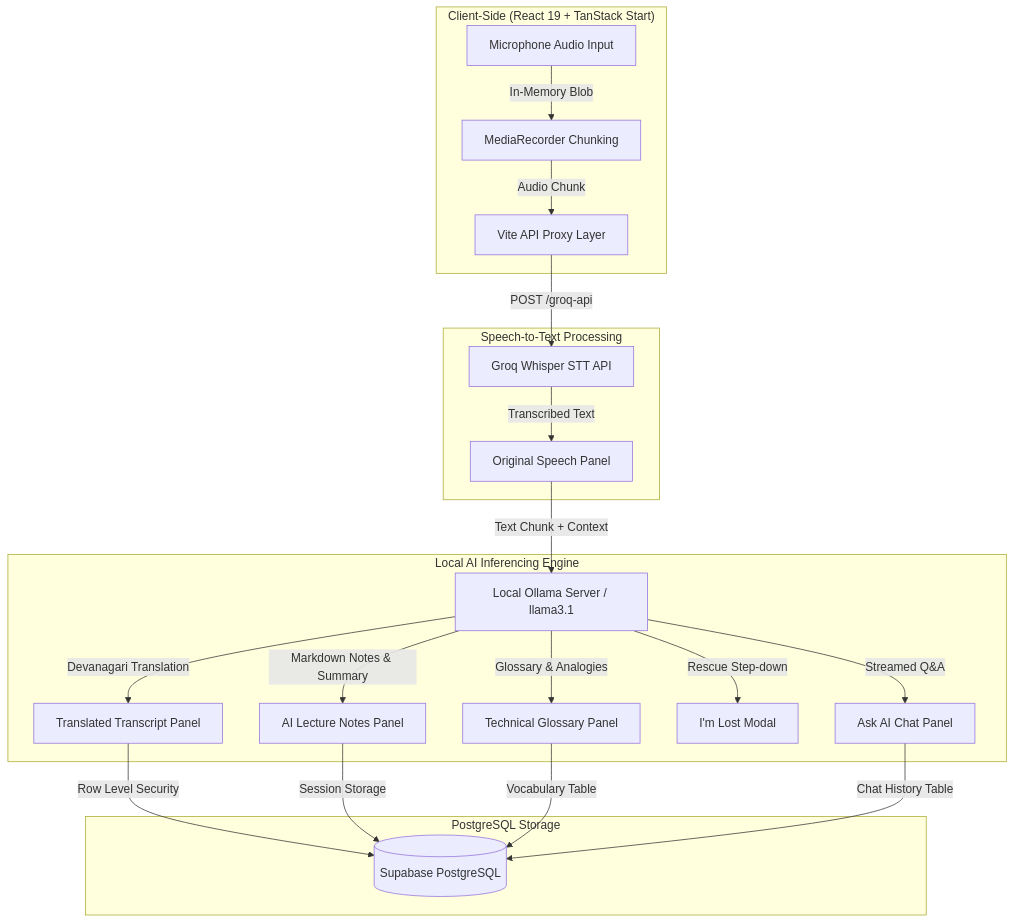
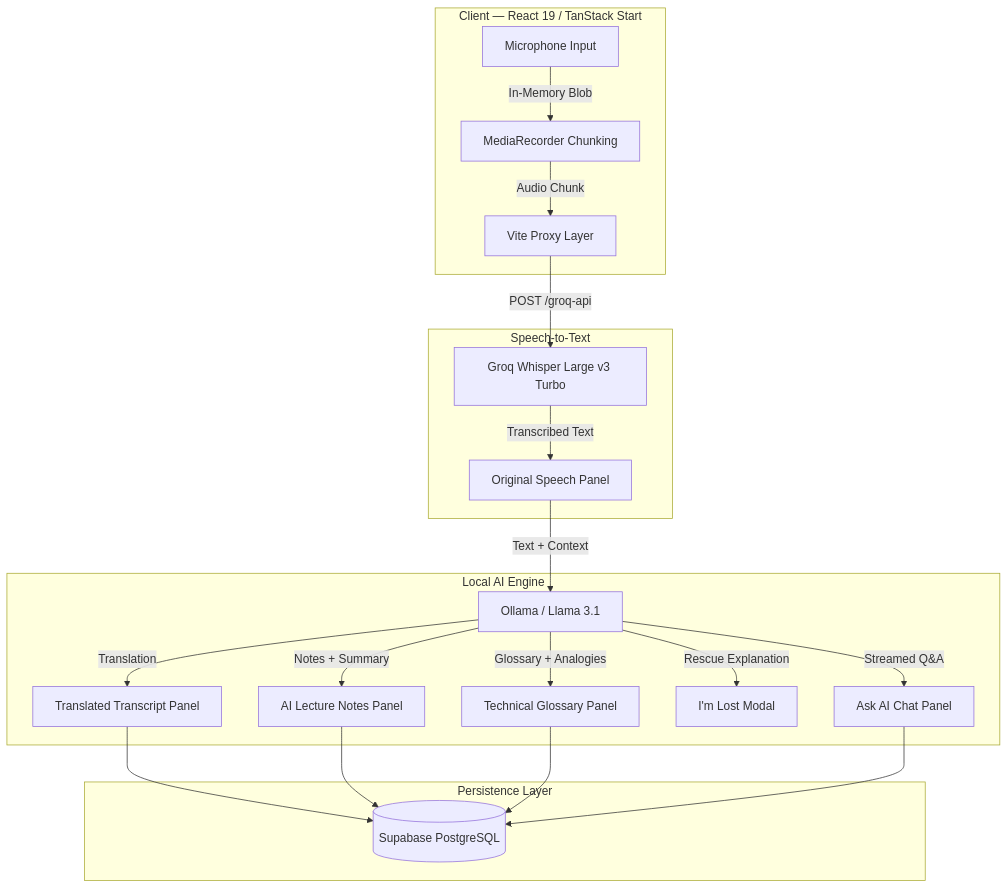
Before and after one commit to aditipriyadubey/TETRA025: the first of 2 diagrams in README.md, drawn with Mermaid. The commit also changed other lines of this file and 6 other files, not shown here.

Commit message:
TETRA_025: Add formal technical documentation with screenshots, architecture diagrams, and ER schema

````diff
--- a/README.md
+++ b/README.md
@@ -32,28 +116,28 @@
 ```mermaid
 graph TD
-    subgraph Browser ["Client-Side (React 19 + TanStack Start)"]
-        A[Microphone Audio Input] -->|In-Memory Blob| B[MediaRecorder Chunking]
-        B -->|Audio Chunk| C[Vite API Proxy Layer]
+    subgraph Browser ["Client — React 19 / TanStack Start"]
+        A[Microphone Input] -->|In-Memory Blob| B[MediaRecorder Chunking]
+        B -->|Audio Chunk| C[Vite Proxy Layer]
     end
 
-    subgraph STT ["Speech-to-Text Processing"]
-        C -->|POST /groq-api| D[Groq Whisper STT API]
+    subgraph STT ["Speech-to-Text"]
+        C -->|POST /groq-api| D[Groq Whisper Large v3 Turbo]
         D -->|Transcribed Text| E[Original Speech Panel]
     end
 
-    subgraph AI ["Local AI Inferencing Engine"]
-        E -->|Text Chunk + Context| F[Local Ollama Server / llama3.1]
-        F -->|Devanagari Translation| G[Translated Transcript Panel]
-        F -->|Markdown Notes & Summary| H[AI Lecture Notes Panel]
-        F -->|Glossary & Analogies| I[Technical Glossary Panel]
-        F -->|Rescue Step-down| J[I'm Lost Modal]
+    subgraph AI ["Local AI Engine"]
+        E -->|Text + Context| F[Ollama / Llama 3.1]
+        F -->|Translation| G[Translated Transcript Panel]
+        F -->|Notes + Summary| H[AI Lecture Notes Panel]
+        F -->|Glossary + Analogies| I[Technical Glossary Panel]
+        F -->|Rescue Explanation| J[I'm Lost Modal]
         F -->|Streamed Q&A| K[Ask AI Chat Panel]
     end
 
-    subgraph Persistence ["PostgreSQL Storage"]
-        G -->|Row Level Security| L[(Supabase PostgreSQL)]
-        H -->|Session Storage| L
-        I -->|Vocabulary Table| L
-        K -->|Chat History Table| L
+    subgraph DB ["Persistence Layer"]
+        G --> L[(Supabase PostgreSQL)]
+        H --> L
+        I --> L
+        K --> L
     end
 ```
````
